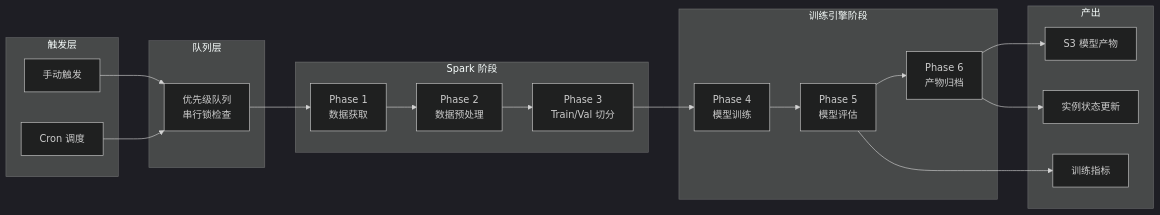
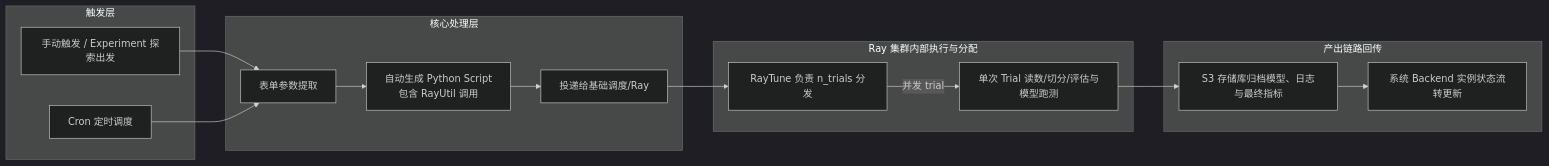
Before and after one commit to Cedric-Chan/ModelExperiment: the first of 3 diagrams in docs/design/Training-Data-Pipeline.md, drawn with Mermaid (dark theme). The commit also changed other lines of this file and 7 other files, not shown here.

````diff
--- a/docs/design/Training-Data-Pipeline.md
+++ b/docs/design/Training-Data-Pipeline.md
@@ -15,41 +17,32 @@
 ```mermaid
 flowchart LR
     subgraph trigger [触发层]
-        Manual[手动触发]
-        Cron[Cron 调度]
+        Manual[手动触发 / Experiment 探索出发]
+        Cron[Cron 定时调度]
     end
 
-    subgraph queue [队列层]
-        PQ[优先级队列<br/>串行锁检查]
+    subgraph generate [核心处理层]
+        Form[表单参数提取]
+        Script[自动生成 Python Script<br/>包含 RayUtil 调用]
+        Submit[投递给基础调度/Ray]
     end
 
-    subgraph spark [Spark 阶段]
-        P1[Phase 1<br/>数据获取]
-        P2[Phase 2<br/>数据预处理]
-        P3[Phase 3<br/>Train/Val 切分]
+    subgraph execution [Ray 集群内部执行与分配]
+        RayTune[RayTune 负责 n_trials 分发]
+        RayTask[单次 Trial 读数/切分/评估与模型跑测]
+        RayTune -->|并发 trial| RayTask
     end
 
-    subgraph engine [训练引擎阶段]
-        P4[Phase 4<br/>模型训练]
-        P5[Phase 5<br/>模型评估]
-        P6[Phase 6<br/>产物归档]
+    subgraph output [产出链路回传]
+        S3Artifact[S3 存储库归档模型、日志与最终指标]
+        StatusUpdate[系统 Backend 实例状态流转更新]
     end
 
-    subgraph output [产出]
-        S3Artifact[S3 模型产物]
-        MetricsDB[训练指标]
-        StatusUpdate[实例状态更新]
-    end
-
-    Manual --> PQ
-    Cron --> PQ
-    PQ --> P1
-    P1 --> P2
-    P2 --> P3
-    P3 --> P4
-    P4 --> P5
-    P5 --> P6
-    P6 --> S3Artifact
-    P5 --> MetricsDB
-    P6 --> StatusUpdate
+    Manual --> Form
+    Cron --> Form
+    Form --> Script
+    Script --> Submit
+    Submit --> RayTune
+    RayTask --> S3Artifact
+    S3Artifact --> StatusUpdate
 ```
````
